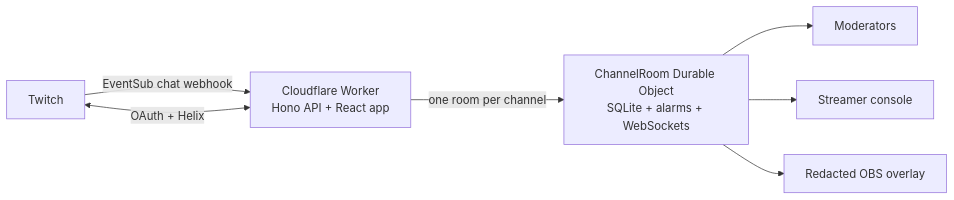
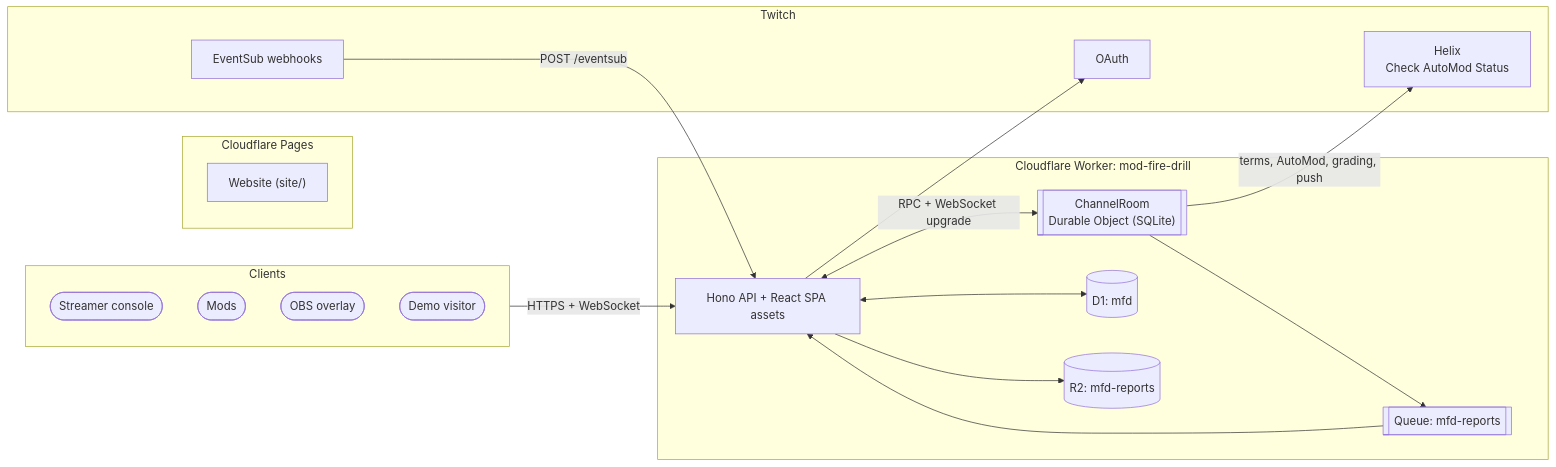
The second of 2 diagrams in README.md (harshbhx/modscrim), drawn with Mermaid before and after one commit. The commit also changed other lines of this file and 14 other files, not shown here.

````diff
--- a/README.md
+++ b/README.md
@@ -10,9 +158,32 @@
-  ```mermaid
-  flowchart LR
-    Twitch -->|EventSub chat webhook| Worker[Cloudflare Worker<br/>Hono API + React app]
-    Worker -->|one room per channel| Room[ChannelRoom Durable Object<br/>SQLite + alarms + WebSockets]
-    Room --> Mods[Moderators]
-    Room --> Console[Streamer console]
-    Room --> OBS[Redacted OBS overlay]
-    Worker <-->|OAuth + Helix| Twitch
-  ```
+```mermaid
+flowchart LR
+  subgraph Clients
+    S([Streamer console])
+    M([Mods])
+    O([OBS overlay])
+    J([Demo visitor])
+  end
+  subgraph Pages["Cloudflare Pages"]
+    Site["Website (site/)"]
+  end
+  subgraph CF["Cloudflare Worker: mod-fire-drill"]
+    W["Hono API + React SPA assets"]
+    DO[["ChannelRoom<br/>Durable Object (SQLite)"]]
+    D1[("D1: mfd")]
+    Q[["Queue: mfd-reports"]]
+    R2[("R2: mfd-reports")]
+  end
+  subgraph TW[Twitch]
+    OA[OAuth]
+    HX["Helix<br/>Check AutoMod Status"]
+    ES[EventSub webhooks]
+  end
+  Clients -->|HTTPS + WebSocket| W
+  W <-->|RPC + WebSocket upgrade| DO
+  W <--> D1
+  ES -->|"POST /eventsub"| W
+  W --> OA
+  DO -->|terms, AutoMod, grading, push| HX
+  DO --> Q --> W
+  W --> R2
+```
````
